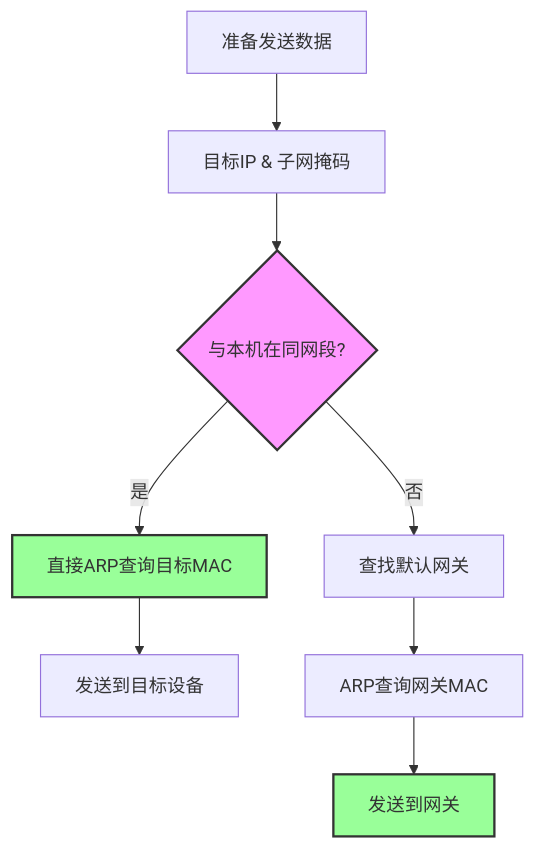
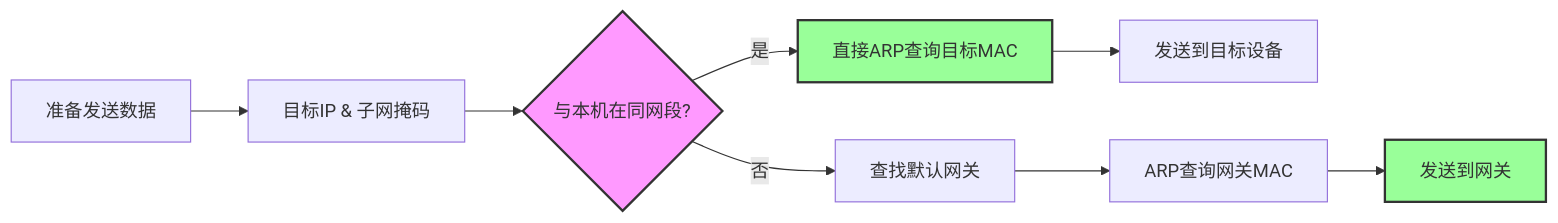
One commit to codekissyoung/markdown changed the sixth of 6 diagrams in 网络/网络通信核心公理详解.md. Above: the diagram before and after it, drawn with Mermaid. The commit also changed other lines of this file and 2 other files, not shown here.

````diff
--- a/网络/网络通信核心公理详解.md
+++ b/网络/网络通信核心公理详解.md
@@ -335,14 +325,14 @@
 ```mermaid
-flowchart TD
+flowchart LR
     A[准备发送数据] --> B[目标IP & 子网掩码]
     B --> C{与本机在同网段?}
     C -->|是| D[直接ARP查询目标MAC]
     D --> E[发送到目标设备]
     C -->|否| F[查找默认网关]
     F --> G[ARP查询网关MAC]
     G --> H[发送到网关]
 
     style C fill:#f9f,stroke:#333,stroke-width:2px
     style D fill:#9f9,stroke:#333,stroke-width:2px
     style H fill:#9f9,stroke:#333,stroke-width:2px
 ```
````
